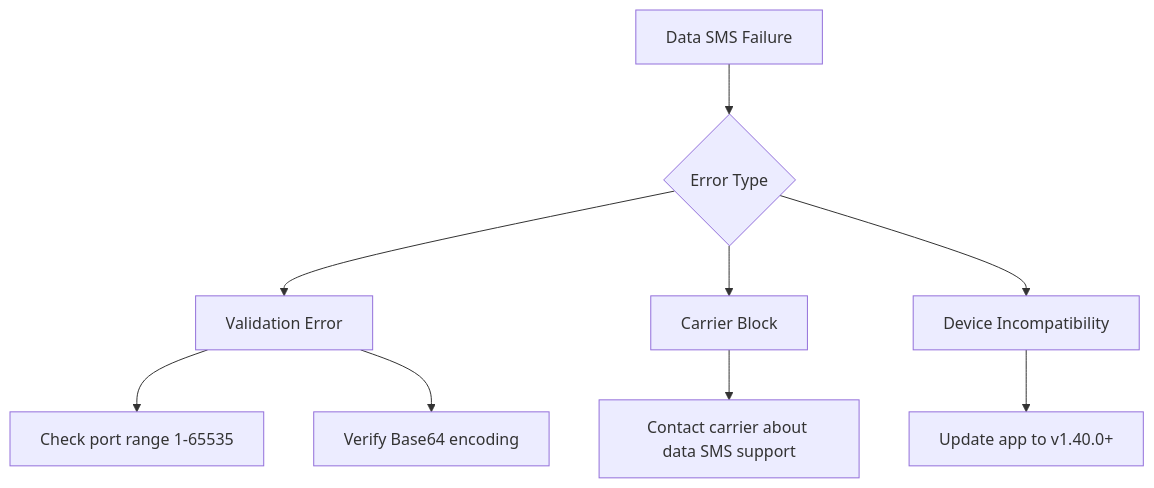
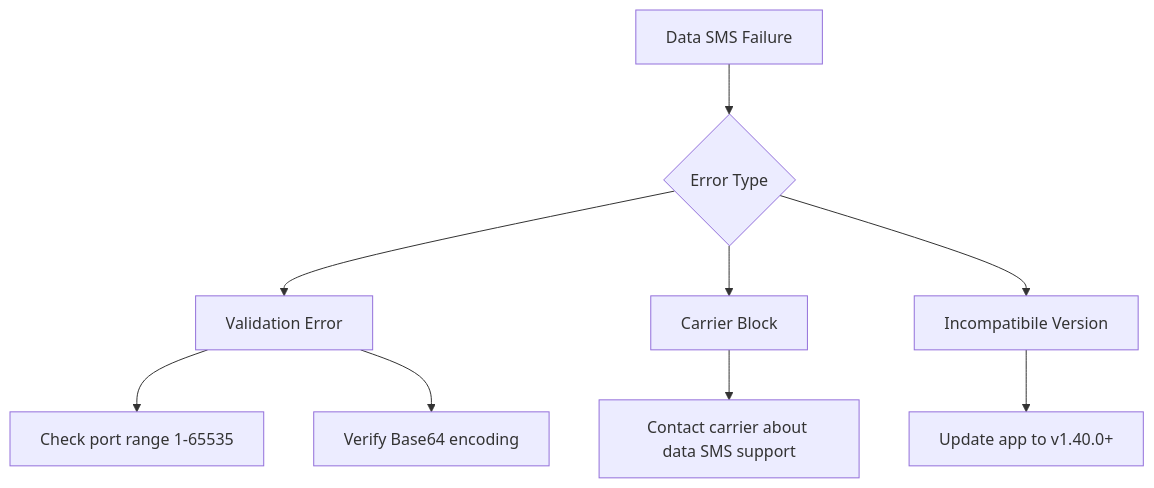
Before and after one commit to android-sms-gateway/docs-web: the second of 2 diagrams in docs/features/data-sms.md, drawn with Mermaid. The commit also changed other lines of this file, not shown here.

````diff
--- a/docs/features/data-sms.md
+++ b/docs/features/data-sms.md
@@ -73,11 +68,11 @@
 ```mermaid
 graph TD
     A[Data SMS Failure] --> B{Error Type}
     B --> C[Validation Error]
     B --> D[Carrier Block]
-    B --> E[Device Incompatibility]
+    B --> E[Incompatibile Version]
     C --> F[Check port range 1-65535]
     C --> G[Verify Base64 encoding]
     D --> H[Contact carrier about data SMS support]
     E --> I[Update app to v1.40.0+]
 ```
````
